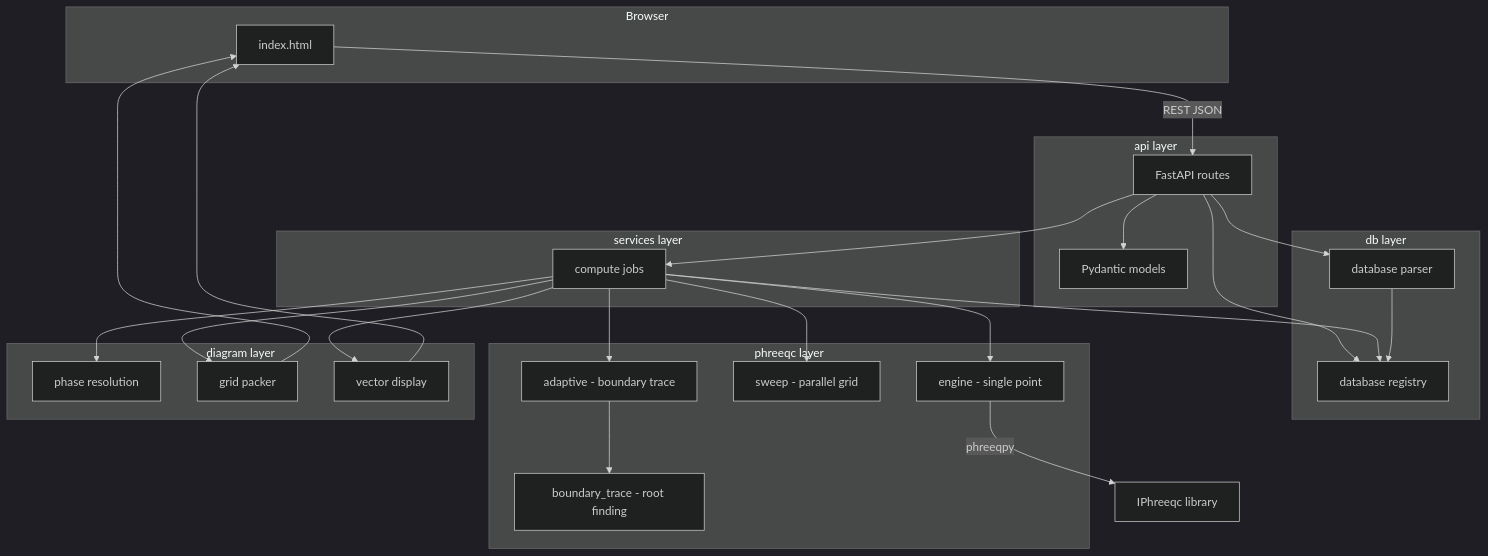
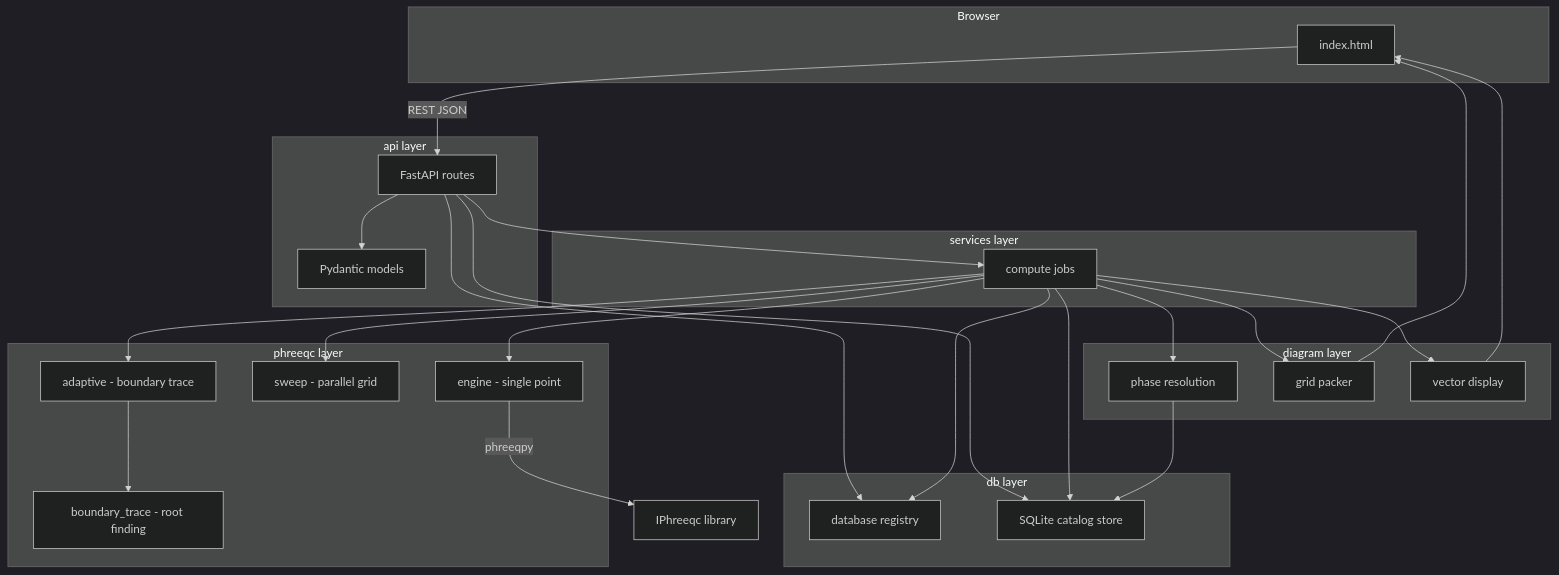
Before and after one commit to Matteo-Loche/Phaser: the first of 2 diagrams in README.md, drawn with Mermaid (dark theme). The commit also changed other lines of this file and 22 other files, not shown here.

Commit message:
Introduced a SQLite catalog for PHREEQC databases, allowing for precomputed phase and species data. Updated API routes to utilize the new catalog structure, improving efficiency in element and phase retrieval. Removed the old parser logic.

````diff
--- a/README.md
+++ b/README.md
@@ -84,51 +85,52 @@
 ```mermaid
 flowchart TB
     subgraph client [Browser]
         UI[index.html]
     end
 
     subgraph api [api layer]
         Routes[FastAPI routes]
         Models[Pydantic models]
     end
 
     subgraph services [services layer]
         Compute[compute jobs]
     end
 
     subgraph db_layer [db layer]
         Registry[database registry]
-        Parser[database parser]
+        Catalog[SQLite catalog store]
     end
 
     subgraph solver [phreeqc layer]
         Engine["engine - single point"]
         Sweep["sweep - parallel grid"]
         Adaptive["adaptive - boundary trace"]
         Trace["boundary_trace - root finding"]
     end
 
     subgraph diagram_layer [diagram layer]
         Phases[phase resolution]
         Packer[grid packer]
         Vectors[vector display]
     end
 
     UI -->|REST JSON| Routes
     Routes --> Models
     Routes --> Compute
     Routes --> Registry
-    Routes --> Parser
+    Routes --> Catalog
     Compute --> Registry
     Compute --> Phases
     Compute --> Engine
     Compute --> Sweep
     Compute --> Adaptive
     Adaptive --> Trace
     Compute --> Packer
     Compute --> Vectors
-    Parser --> Registry
+    Compute --> Catalog
+    Phases --> Catalog
     Engine -->|phreeqpy| IPhreeqc[IPhreeqc library]
     Packer --> UI
     Vectors --> UI
 ```
````
